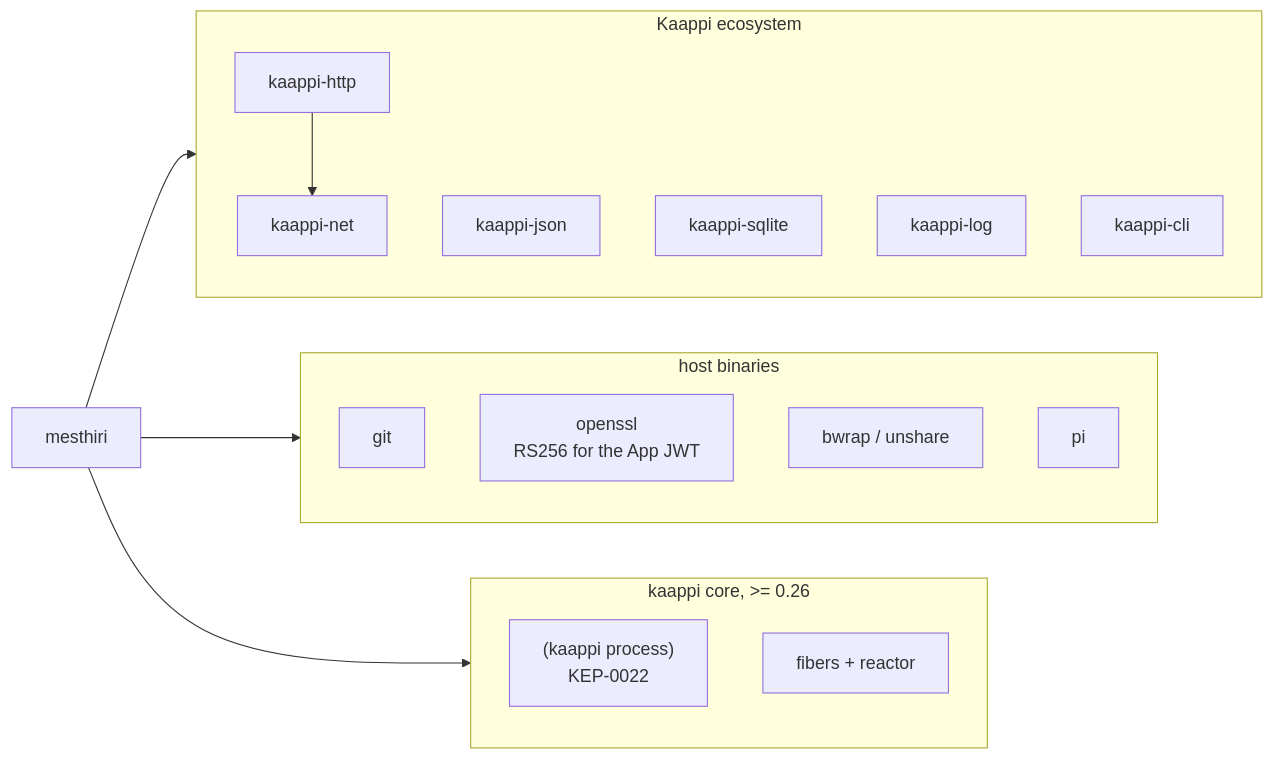
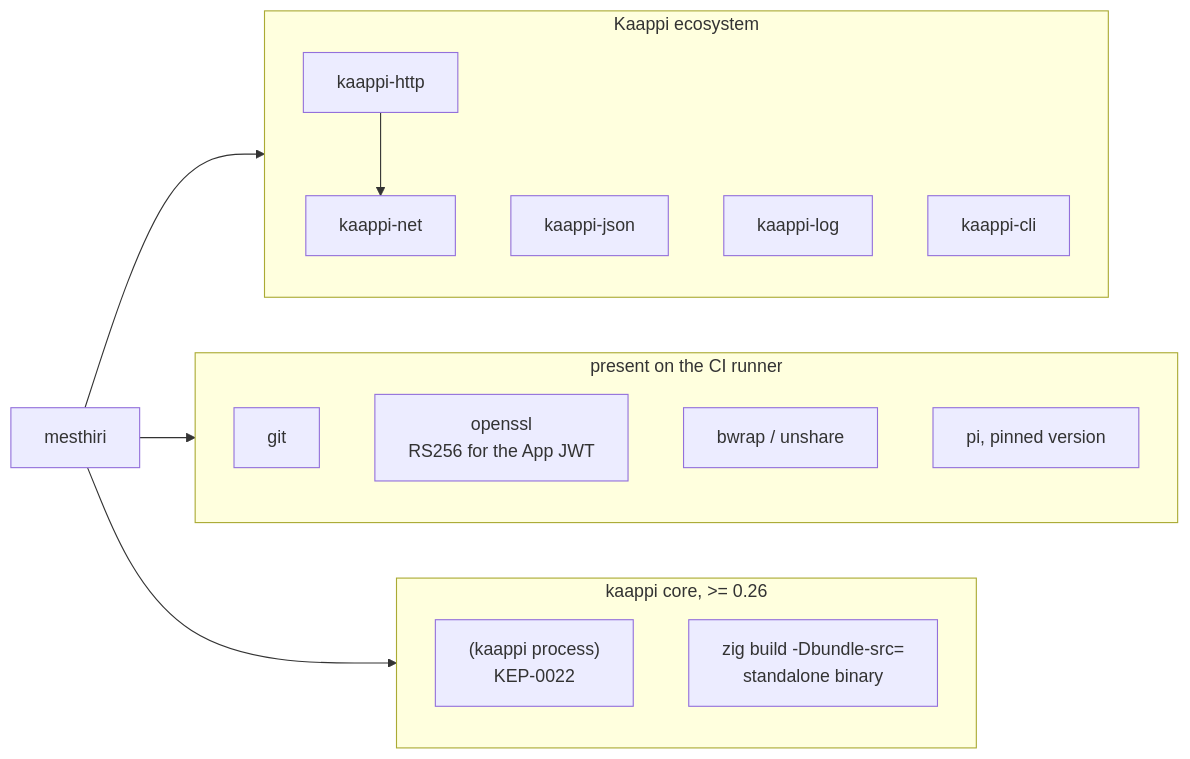
Before and after one commit to mesthiri/mesthiri: the seventh of 7 diagrams in docs/architecture.md, drawn with Mermaid. The commit also changed other lines of this file and 5 other files, not shown here.

First line of the commit message:
Re-architect to CI-native dispatch, inspired by fullsend

````diff
--- a/docs/architecture.md
+++ b/docs/architecture.md
@@ -238,27 +253,26 @@
 ```mermaid
 flowchart LR
   subgraph kaappi["Kaappi ecosystem"]
     direction TB
     http["kaappi-http"]
     json["kaappi-json"]
-    sqlite["kaappi-sqlite"]
     log2["kaappi-log"]
     cli["kaappi-cli"]
     net["kaappi-net"]
   end
-  subgraph binaries["host binaries"]
+  subgraph runner["present on the CI runner"]
     direction TB
     git["git"]
     openssl["openssl<br/>RS256 for the App JWT"]
     bwrap["bwrap / unshare"]
-    pi["pi"]
+    pi["pi, pinned version"]
   end
   subgraph core["kaappi core, >= 0.26"]
     process["(kaappi process)<br/>KEP-0022"]
-    fibers["fibers + reactor"]
+    bundle["zig build -Dbundle-src=<br/>standalone binary"]
   end
   m["mesthiri"] --> kaappi
-  m --> binaries
+  m --> runner
   m --> core
   http --> net
 ```
````
